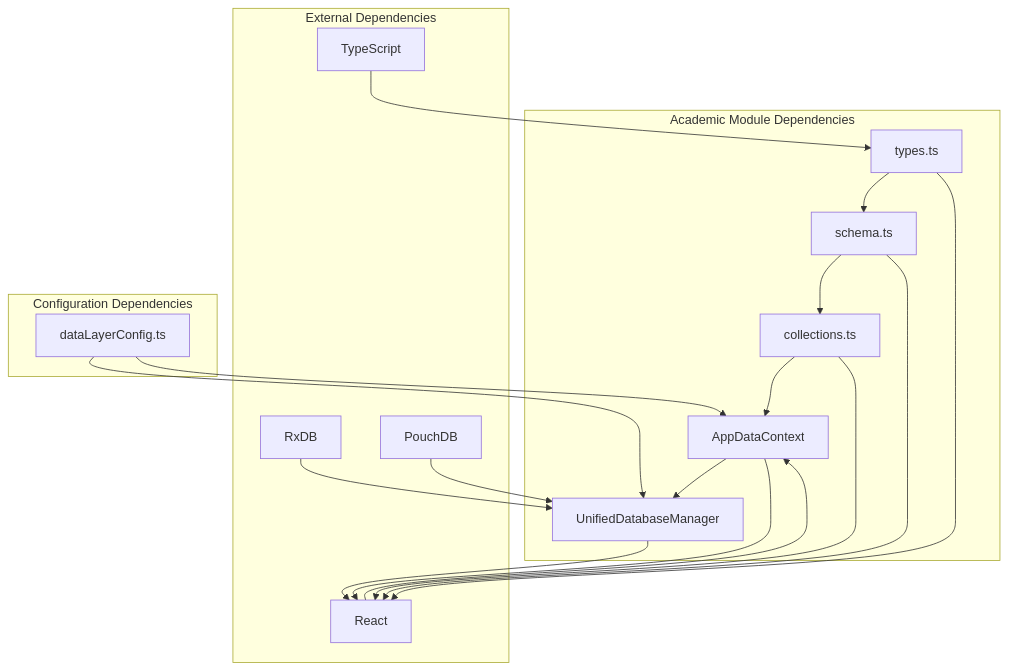
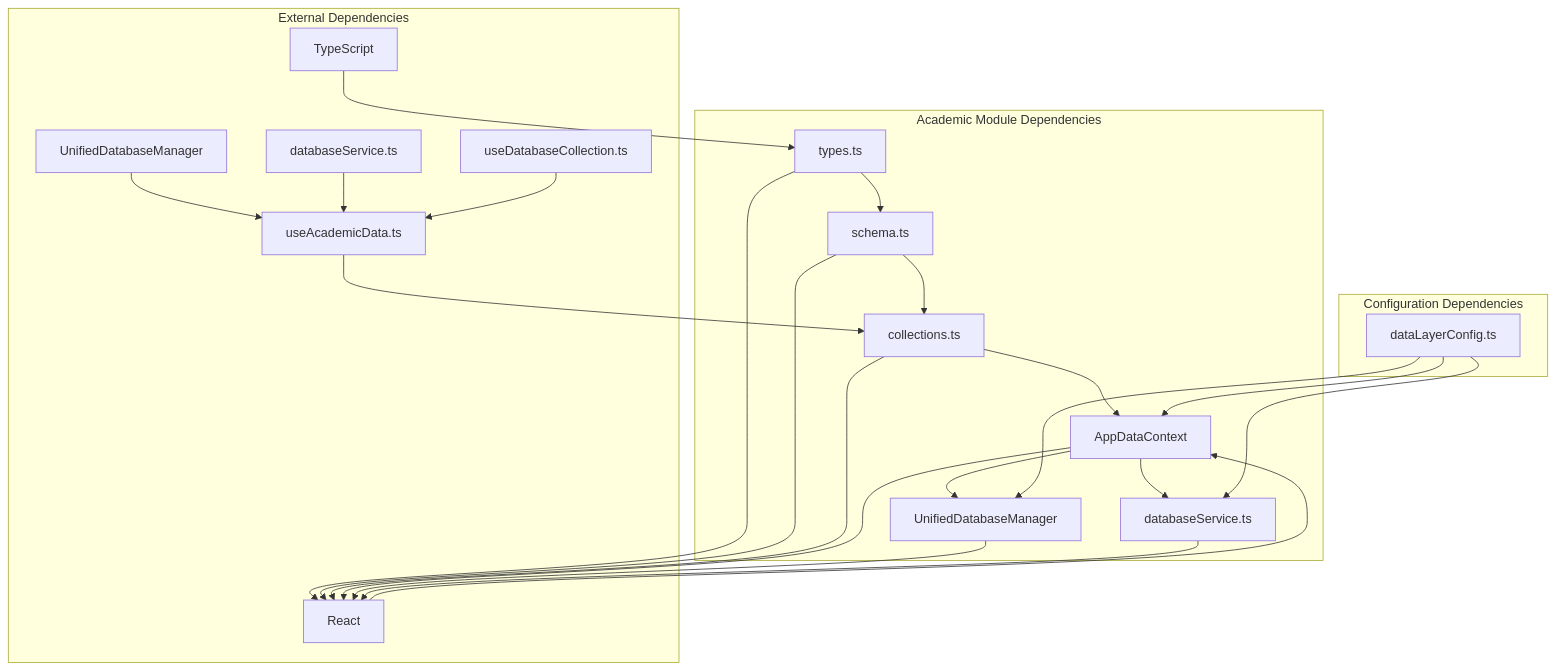
One commit to geniusdynamics/schoolpilot changed the tenth of 10 diagrams in .qoder/repowiki/en/content/Academic Data Management.md. Above: the diagram before and after it, drawn with Mermaid. The commit also changed other lines of this file and 16 other files, not shown here.

````diff
--- a/.qoder/repowiki/en/content/Academic Data Management.md
+++ b/.qoder/repowiki/en/content/Academic Data Management.md
@@ -325,24 +473,29 @@
 ```mermaid
 graph TB
 subgraph "Academic Module Dependencies"
 Types[types.ts] --> Schema[schema.ts]
 Schema --> Collections[collections.ts]
 Collections --> Context[AppDataContext]
 Context --> Manager[UnifiedDatabaseManager]
+Context --> Service[databaseService.ts]
 end
 subgraph "External Dependencies"
 React[React] --> Context
 TypeScript[TypeScript] --> Types
-RxDB[RxDB] --> Manager
-PouchDB[PouchDB] --> Manager
+DatabaseManager[UnifiedDatabaseManager] --> AcademicHooks[useAcademicData.ts]
+AcademicHooks --> Collections
+DatabaseService[databaseService.ts] --> AcademicHooks
+useDatabaseCollection[useDatabaseCollection.ts] --> AcademicHooks
 end
 subgraph "Configuration Dependencies"
 Config[dataLayerConfig.ts] --> Manager
 Config --> Context
+Config --> Service
 end
 Types --> React
 Schema --> React
 Collections --> React
 Context --> React
 Manager --> React
+Service --> React
 ```
````
